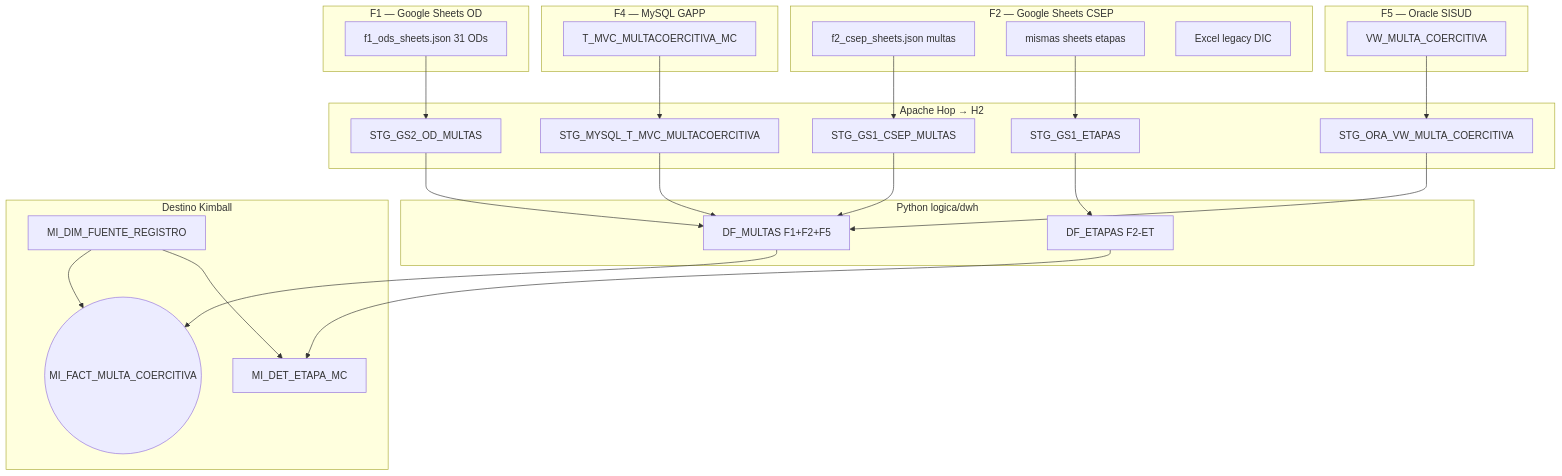
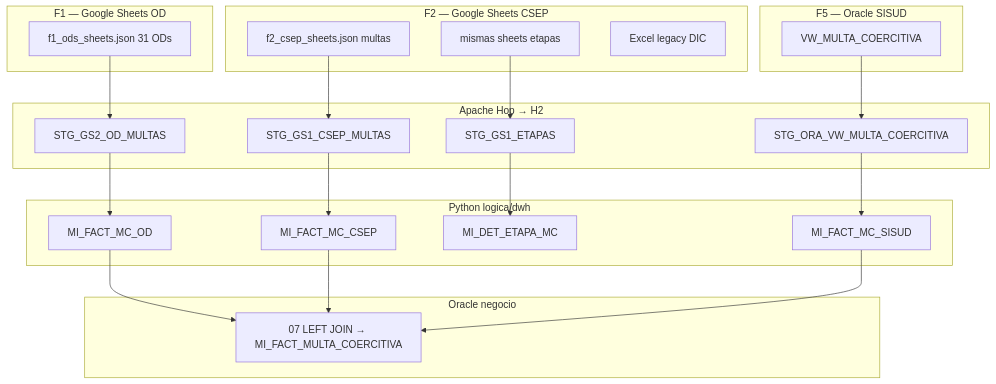
The first of 3 diagrams in docs/adjuntos/modelo-kimball.md (nwodevops/multa_informes_etl), drawn with Mermaid before and after one commit. The commit also changed other lines of this file and 46 other files, not shown here.

````diff
--- a/docs/adjuntos/modelo-kimball.md
+++ b/docs/adjuntos/modelo-kimball.md
@@ -18,42 +18,36 @@
 ```mermaid
 flowchart TB
   subgraph F1 [F1 — Google Sheets OD]
     X1["f1_ods_sheets.json 31 ODs"]
   end
   subgraph F2 [F2 — Google Sheets CSEP]
     X2M["f2_csep_sheets.json multas"]
     X2E["mismas sheets etapas"]
     X2D["Excel legacy DIC"]
   end
-  subgraph F4 [F4 — MySQL GAPP]
-    M4["T_MVC_MULTACOERCITIVA_MC"]
-  end
   subgraph F5 [F5 — Oracle SISUD]
     O5["VW_MULTA_COERCITIVA"]
   end
   subgraph hop [Apache Hop → H2]
     S2["STG_GS2_OD_MULTAS"]
     S1["STG_GS1_CSEP_MULTAS"]
     SE["STG_GS1_ETAPAS"]
-    SM["STG_MYSQL_T_MVC_MULTACOERCITIVA"]
     SV["STG_ORA_VW_MULTA_COERCITIVA"]
   end
   subgraph python [Python logica/dwh]
-    DF_M["DF_MULTAS F1+F2+F5"]
-    DF_E["DF_ETAPAS F2-ET"]
-  end
-  subgraph destino [Destino Kimball]
-    DIMF["MI_DIM_FUENTE_REGISTRO"]
-    FMC(("MI_FACT_MULTA_COERCITIVA"))
+    FC["MI_FACT_MC_CSEP"]
+    FO["MI_FACT_MC_OD"]
+    FS["MI_FACT_MC_SISUD"]
     DET["MI_DET_ETAPA_MC"]
   end
-  X1 --> S2 --> DF_M
-  X2M --> S1 --> DF_M
-  X2E --> SE --> DF_E
-  M4 --> SM --> DF_M
-  O5 --> SV --> DF_M
-  DF_M --> FMC
-  DF_E --> DET
-  DIMF --> FMC
-  DIMF --> DET
+  subgraph destino [Oracle negocio]
+    ENR["07 LEFT JOIN → MI_FACT_MULTA_COERCITIVA"]
+  end
+  X1 --> S2 --> FO
+  X2M --> S1 --> FC
+  X2E --> SE --> DET
+  O5 --> SV --> FS
+  FC --> ENR
+  FO --> ENR
+  FS --> ENR
 ```
````
